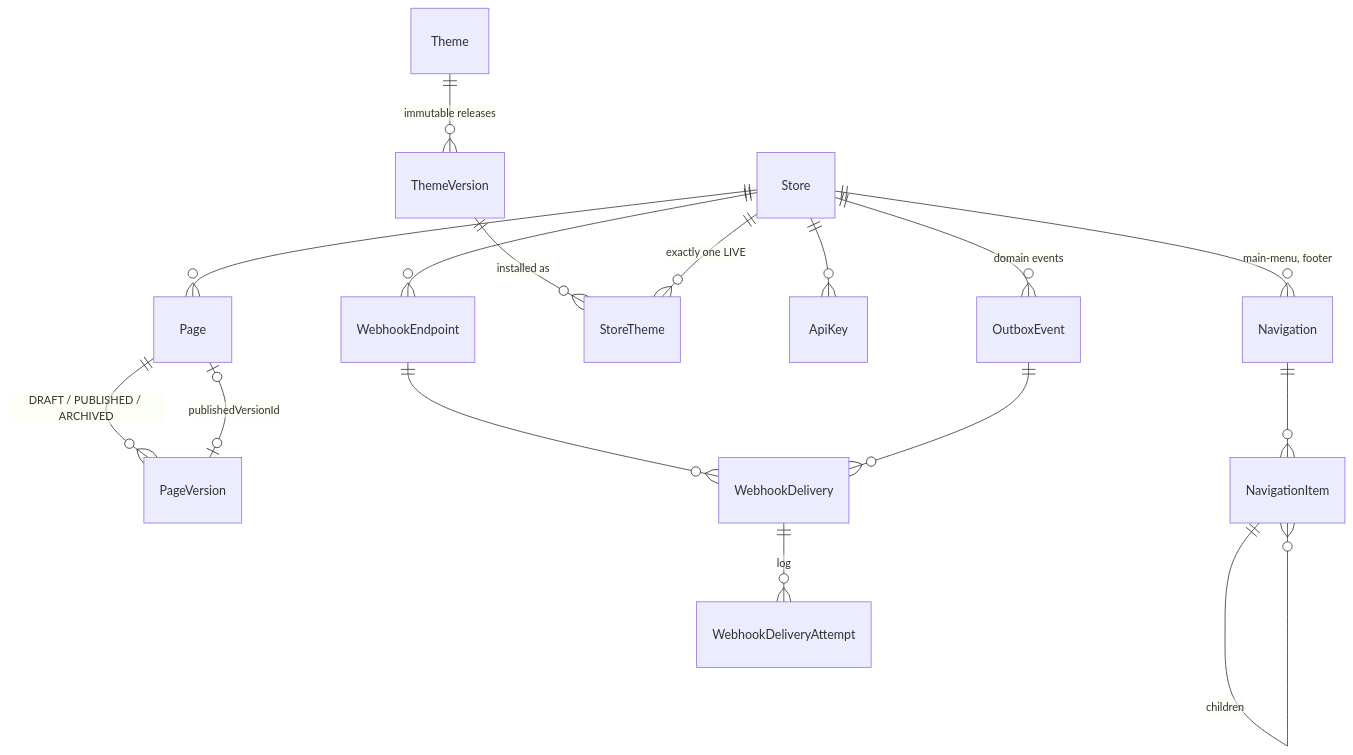
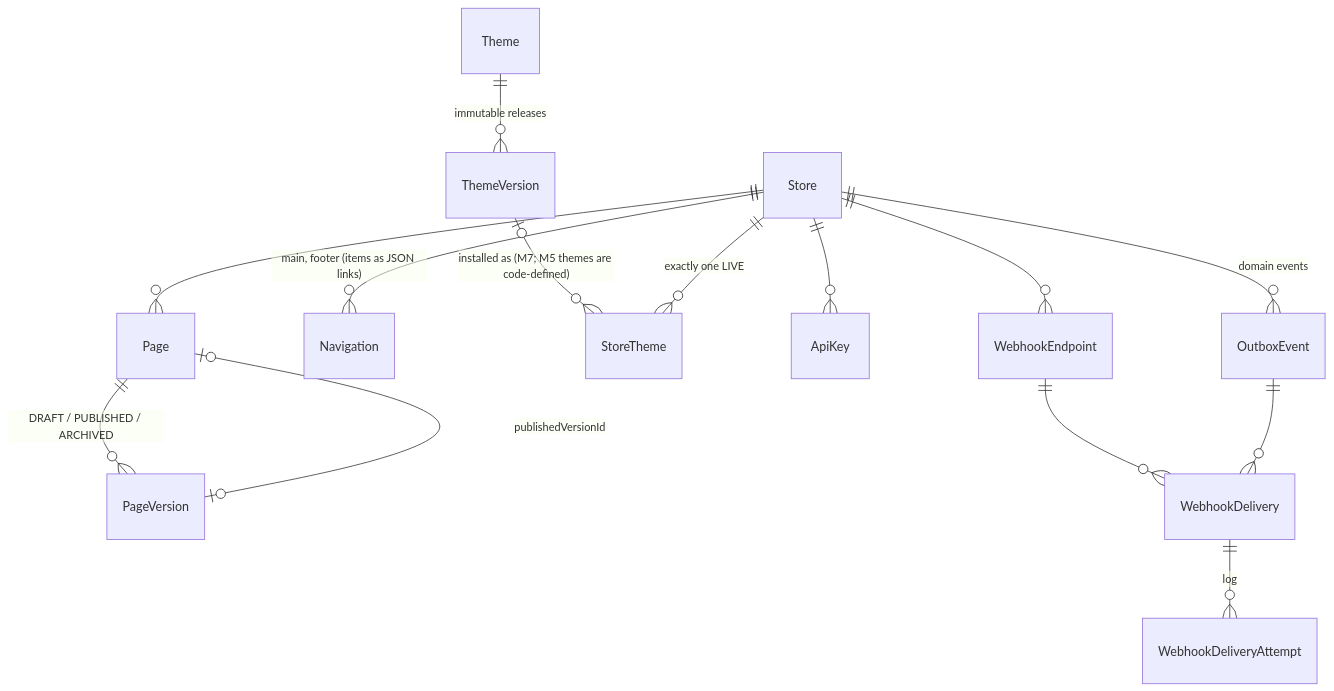
Before and after one commit to pixfortech/storevia: the fifth of 5 diagrams in docs/database/erd.md, drawn with Mermaid. The commit also changed other lines of this file and 9 other files, not shown here.

````diff
--- a/docs/database/erd.md
+++ b/docs/database/erd.md
@@ -187,18 +187,16 @@
 ```mermaid
 erDiagram
   Store ||--o{ Page : ""
   Page ||--o{ PageVersion : "DRAFT / PUBLISHED / ARCHIVED"
   Page |o--o| PageVersion : "publishedVersionId"
-  Store ||--o{ Navigation : "main-menu, footer"
-  Navigation ||--o{ NavigationItem : ""
-  NavigationItem ||--o{ NavigationItem : "children"
+  Store ||--o{ Navigation : "main, footer (items as JSON links)"
   Theme ||--o{ ThemeVersion : "immutable releases"
-  ThemeVersion ||--o{ StoreTheme : "installed as"
+  ThemeVersion |o--o{ StoreTheme : "installed as (M7; M5 themes are code-defined)"
   Store ||--o{ StoreTheme : "exactly one LIVE"
   Store ||--o{ ApiKey : ""
   Store ||--o{ WebhookEndpoint : ""
   Store ||--o{ OutboxEvent : "domain events"
   WebhookEndpoint ||--o{ WebhookDelivery : ""
   OutboxEvent ||--o{ WebhookDelivery : ""
   WebhookDelivery ||--o{ WebhookDeliveryAttempt : "log"
 ```
````
